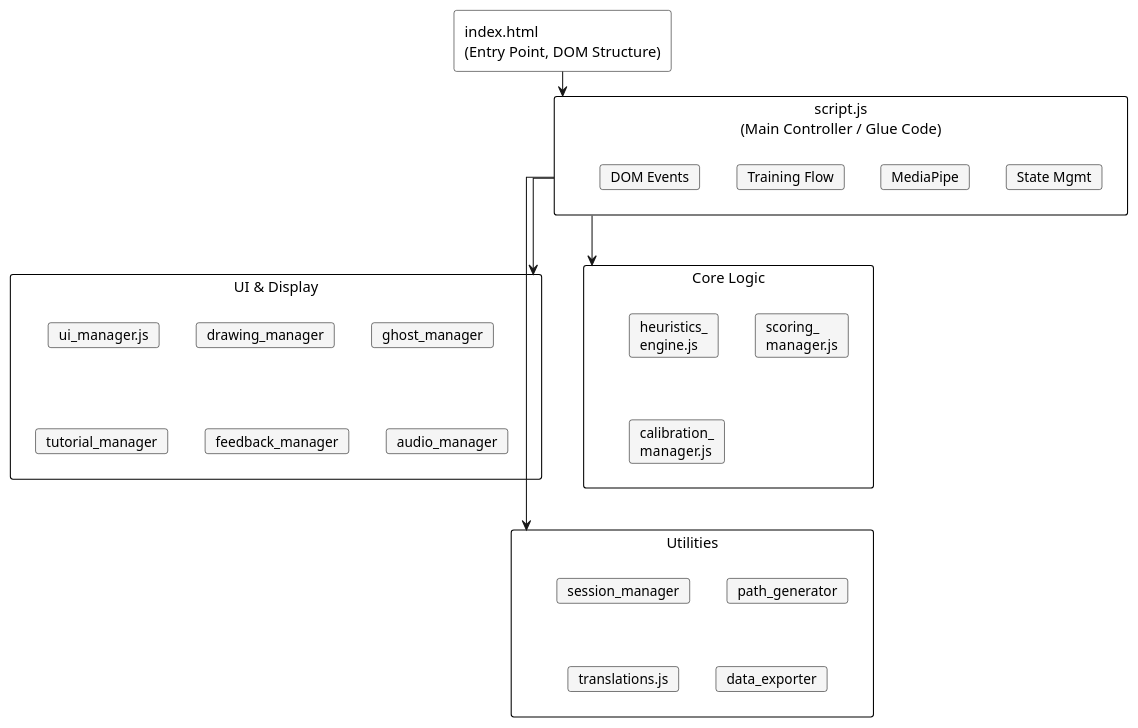
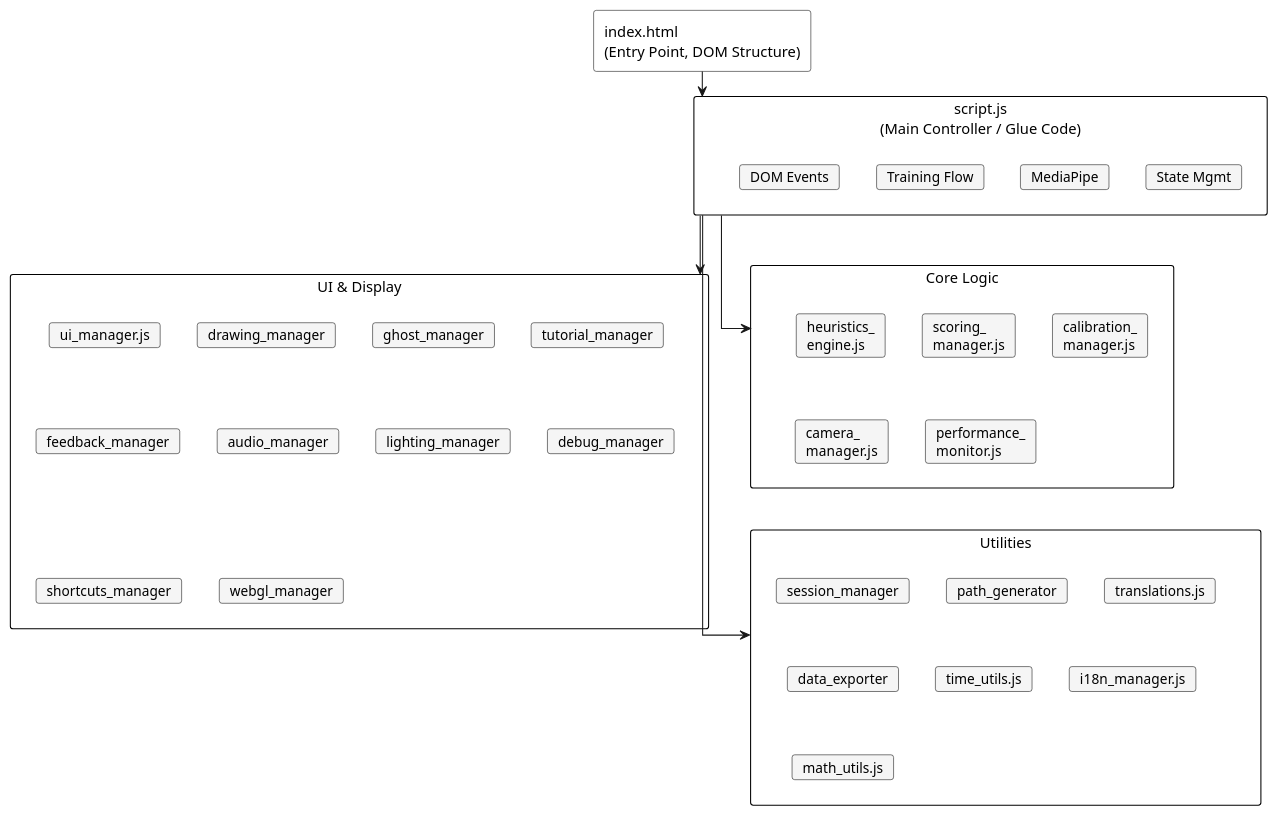
One commit to vyut/TaijiFlow changed the diagram in docs/diagrams/ModuleDiagram.wsd. Above: the diagram before and after it, drawn with PlantUML. The commit also changed 20 other files, not shown here.

Commit message:
Updated documents & diagrams

```diff
--- a/docs/diagrams/ModuleDiagram.wsd
+++ b/docs/diagrams/ModuleDiagram.wsd
@@ -1,96 +1,105 @@
 @startuml ModuleDiagram
 ' ============================================================================
 ' TaijiFlow AI - Module Diagram (Refined Layout)
 ' ============================================================================
 ' - Index.html (Top Center)
 ' - Script.js (Middle Center)
 ' - Modules (Bottom Row - Aligned horizontally)
 ' ============================================================================
 
 skinparam defaultFontName "Menlo"
 skinparam backgroundColor white
 skinparam linetype ortho
 skinparam handwritten false
 skinparam shadow false
 skinparam nodesep 0.8
 skinparam ranksep 0.8
 
 ' Style customization
 skinparam rectangle {
     BackgroundColor white
     BorderColor black
     FontSize 14
     FontStyle plain
     Padding 10
 }
 
 skinparam card {
     BackgroundColor #F5F5F5
     BorderColor black
     FontSize 13
     Padding 5
     Margin 5
 }
 
 ' === 1. TOP: Entry Point ===
 rectangle "index.html\n(Entry Point, DOM Structure)" as IndexHTML
 
 ' === 2. MIDDLE: Main Controller ===
 rectangle "script.js\n(Main Controller / Glue Code)" as ScriptJS {
     ' Internal blocks horizontal
     card "DOM Events" as DOM
     card "Training Flow" as Flow
     card "MediaPipe" as MP
     card "State Mgmt" as State
 }
 
 ' === 3. BOTTOM: Functional Modules (3 Groups) ===
 ' Use 'together' to force them on the same rank
 together {
     rectangle "Core Logic" as Core {
         card "heuristics_\nengine.js"
         card "scoring_\nmanager.js"
         card "calibration_\nmanager.js"
+        card "camera_\nmanager.js"
+        card "performance_\nmonitor.js"
     }
 
     rectangle "UI & Display" as UI {
         card "ui_manager.js"
         card "drawing_manager"
         card "ghost_manager"
         card "tutorial_manager"
         card "feedback_manager"
         card "audio_manager"
+        card "lighting_manager"
+        card "debug_manager"
+        card "shortcuts_manager"
+        card "webgl_manager"
     }
 
     rectangle "Utilities" as Utils {
         card "session_manager"
         card "path_generator"
         card "translations.js"
         card "data_exporter"
+        card "time_utils.js"
+        card "i18n_manager.js"
+        card "math_utils.js"
     }
 }
 
 ' === Relationships & Ordering ===
 
 ' 1. Vertical Flow
 IndexHTML -down-> ScriptJS
 
 ' 2. Fork to Modules (Connect to the specific boxes)
 ScriptJS -down-> Core
 ScriptJS -down-> UI
 ScriptJS -down-> Utils
 
 ' 3. Layout Enforcement
 ' Enforce Script internals order
 DOM -[hidden]right- Flow
 Flow -[hidden]right- MP
 MP -[hidden]right- State
 
 ' Enforce Module horizontal alignment
 Core -[hidden]right- UI
 UI -[hidden]right- Utils
 
 ' Centering trick: Connect Script primarily to the middle element (UI) invisible
 ScriptJS -[hidden]down-> UI
 
 @enduml
```
